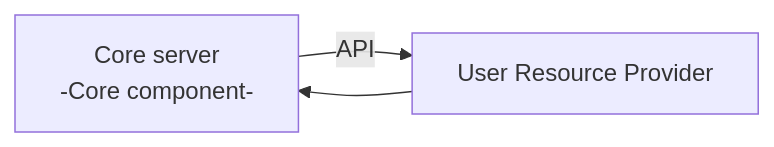
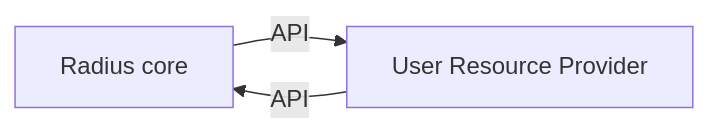
One commit to radius-project/design-notes changed the diagram in architecture/2023-06-arch-vnext.md. Above: the diagram before and after it, drawn with Mermaid. The commit also changed other lines of this file, not shown here.

````diff
--- a/architecture/2023-06-arch-vnext.md
+++ b/architecture/2023-06-arch-vnext.md
@@ -84,5 +114,5 @@
 ```mermaid
 graph LR
-	A[Core server</br>-Core component-] -- API --> B[User Resource Provider]
-	B --> A
+	A[Radius core] -- API --> B[User Resource Provider]
+	B -- API --> A
 ```
````
